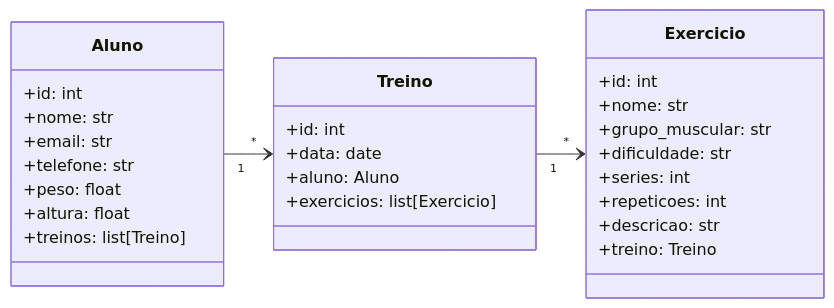
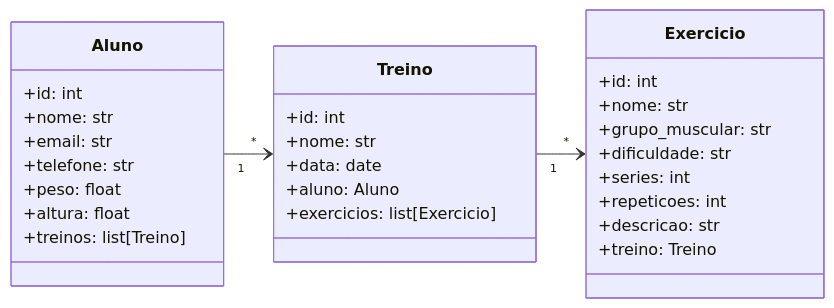
The diagram in README.md (MarianaOliveiraFelipe/persist-modulo02), drawn with Mermaid before and after one commit. The commit also changed 18 other files, not shown here.

````diff
--- a/README.md
+++ b/README.md
@@ -3,36 +3,37 @@
 ```mermaid
 classDiagram
   direction LR
   
   class Aluno {
       +id: int
       +nome: str
       +email: str
       +telefone: str
       +peso: float
       +altura: float
       +treinos: list[Treino]
   }
   
   class Treino {
       +id: int
+      +nome: str
       +data: date
       +aluno: Aluno
       +exercicios: list[Exercicio]
   }
   
   class Exercicio {
       +id: int
       +nome: str
       +grupo_muscular: str
       +dificuldade: str
       +series: int
       +repeticoes: int
       +descricao: str
       +treino: Treino
   }
 
   Aluno "1" --> "*" Treino
   Treino "1" --> "*" Exercicio
 
 ```
````
